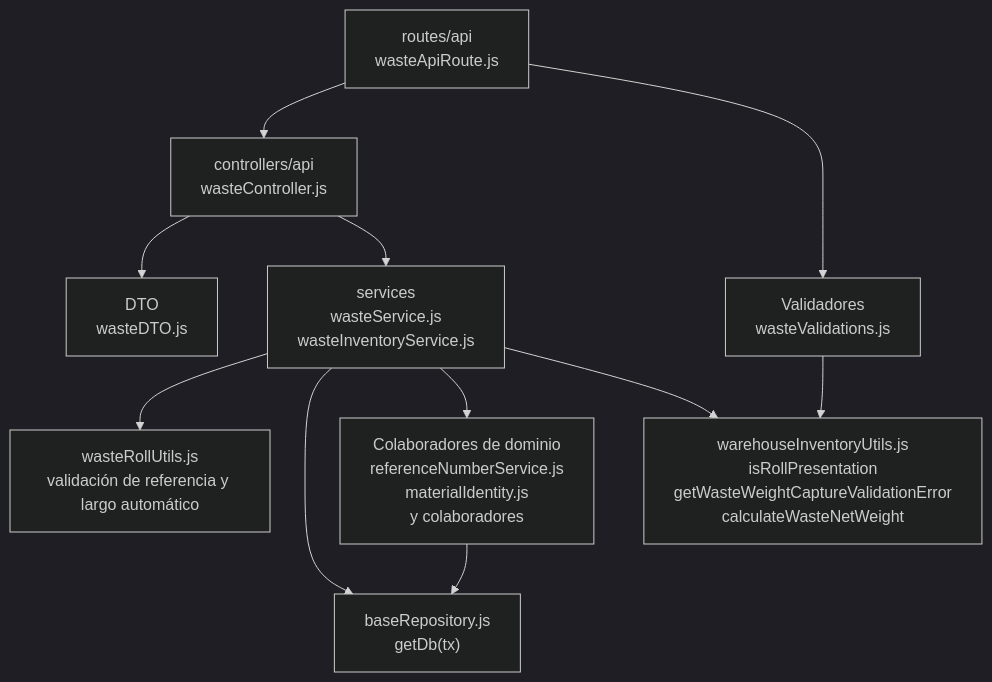
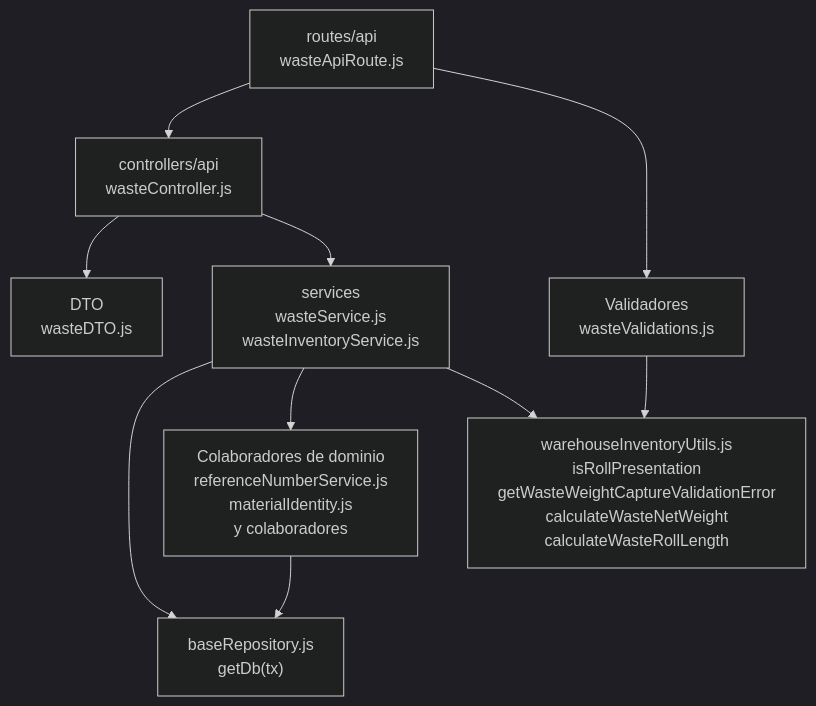
The diagram in docs/architecture/views/development/backend-technical-documentation/11-wastes-code.md (gpgsistemas01/nexus), drawn with Mermaid (dark theme) before and after one commit. The commit also changed other lines of this file and 25 other files, not shown here.

````diff
--- a/docs/architecture/views/development/backend-technical-documentation/11-wastes-code.md
+++ b/docs/architecture/views/development/backend-technical-documentation/11-wastes-code.md
@@ -7,22 +7,20 @@
 ```mermaid
 flowchart TB
     R["routes/api<br/>wasteApiRoute.js"]
     C["controllers/api<br/>wasteController.js"]
     S["services<br/>wasteService.js<br/>wasteInventoryService.js"]
     D["DTO<br/>wasteDTO.js"]
     X["Colaboradores de dominio<br/>referenceNumberService.js<br/>materialIdentity.js<br/>y colaboradores"]
     V["Validadores<br/>wasteValidations.js"]
     P["baseRepository.js<br/>getDb(tx)"]
-    PresentationRule["warehouseInventoryUtils.js<br/>isRollPresentation<br/>getWasteWeightCaptureValidationError<br/>calculateWasteNetWeight"]
-    Roll["wasteRollUtils.js<br/>validación de referencia y largo automático"]
-    S --> Roll
+    PresentationRule["warehouseInventoryUtils.js<br/>isRollPresentation<br/>getWasteWeightCaptureValidationError<br/>calculateWasteNetWeight<br/>calculateWasteRollLength"]
     C --> D
     C --> S
     R --> C
     R --> V
     S --> P
     S --> X
     V --> PresentationRule
     S --> PresentationRule
     X --> P
 ```
````
